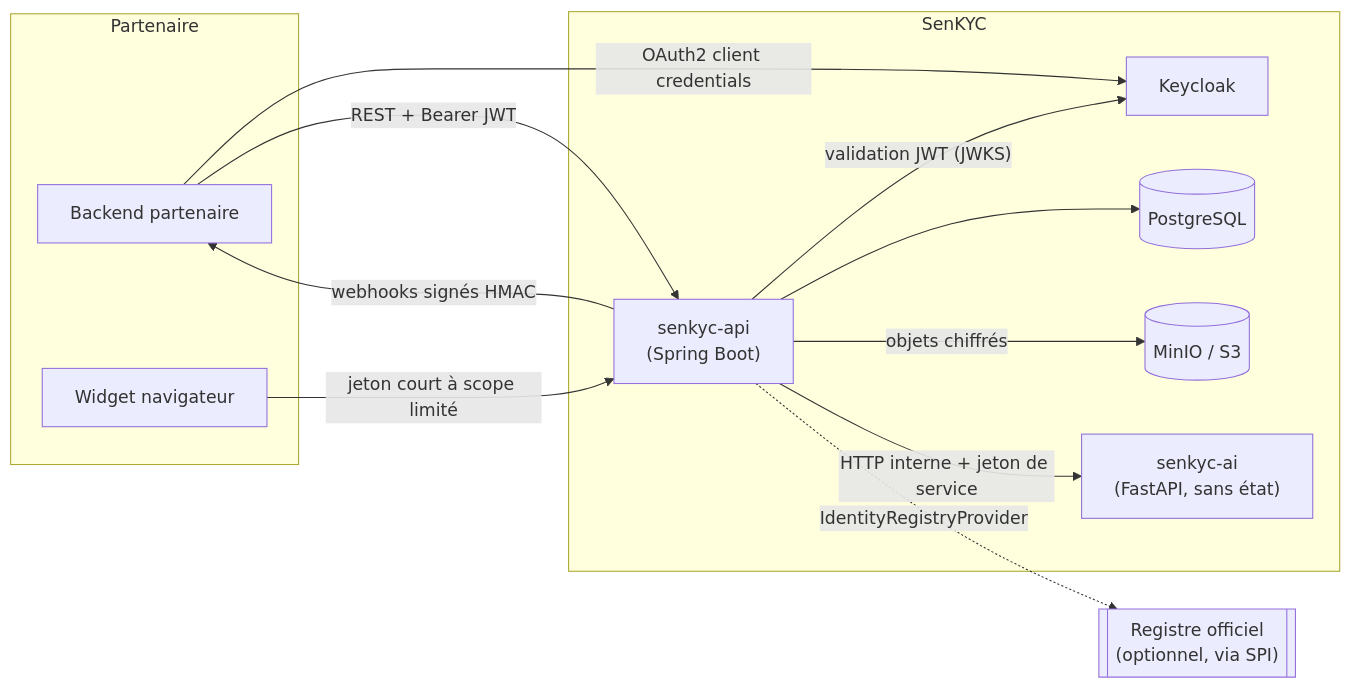
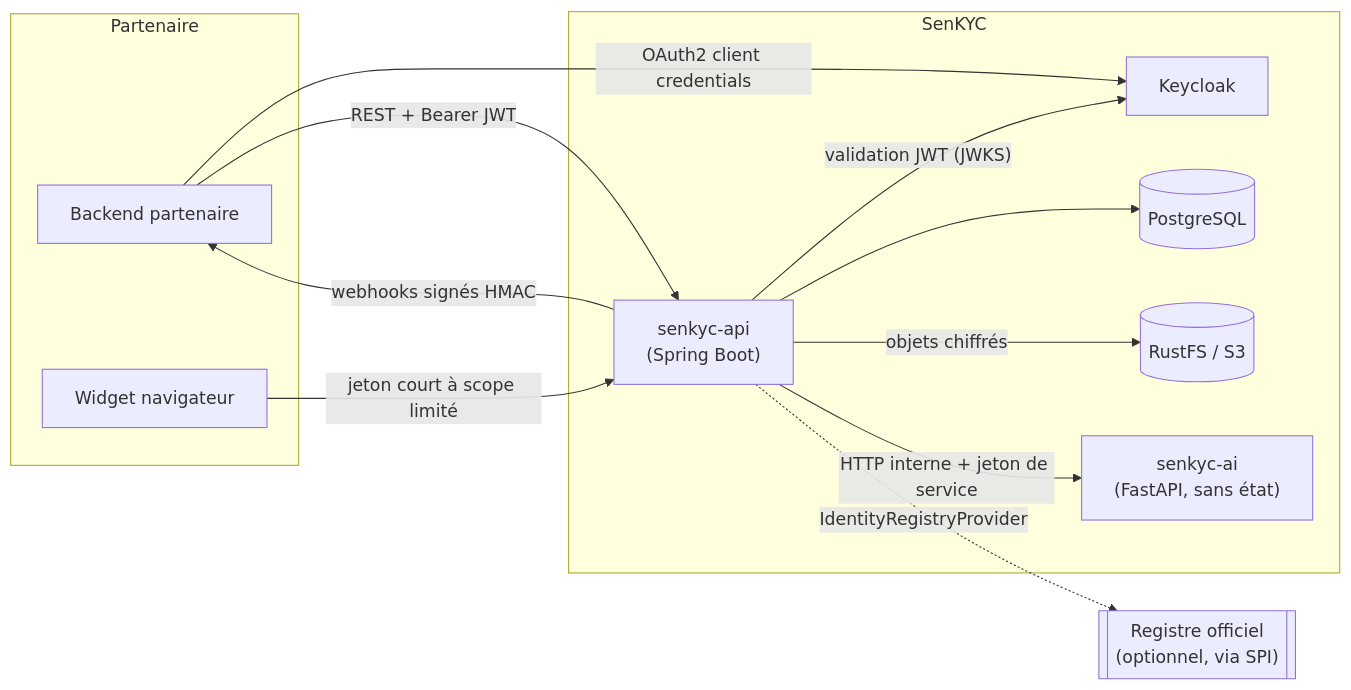
One commit to momos95/senkyc changed the diagram in docs/architecture/README.md. Above: the diagram before and after it, drawn with Mermaid. The commit also changed other lines of this file and 6 other files, not shown here.

First line of the commit message:
Stockage objet : RustFS remplace MinIO (profil storage) ; correction des variables du job CI

````diff
--- a/docs/architecture/README.md
+++ b/docs/architecture/README.md
@@ -16,25 +16,25 @@
 ```mermaid
 flowchart LR
     subgraph Partenaire
         BE[Backend partenaire]
         W[Widget navigateur]
     end
     subgraph SenKYC
         API["senkyc-api<br/>(Spring Boot)"]
         AI["senkyc-ai<br/>(FastAPI, sans état)"]
         KC[Keycloak]
         PG[(PostgreSQL)]
-        S3[(MinIO / S3)]
+        S3[(RustFS / S3)]
     end
     REG[["Registre officiel<br/>(optionnel, via SPI)"]]
 
     BE -- "OAuth2 client credentials" --> KC
     BE -- "REST + Bearer JWT" --> API
     W -- "jeton court à scope limité" --> API
     API -- "validation JWT (JWKS)" --> KC
     API --> PG
     API -- "objets chiffrés" --> S3
     API -- "HTTP interne + jeton de service" --> AI
     API -. "IdentityRegistryProvider" .-> REG
     API -- "webhooks signés HMAC" --> BE
 ```
````
